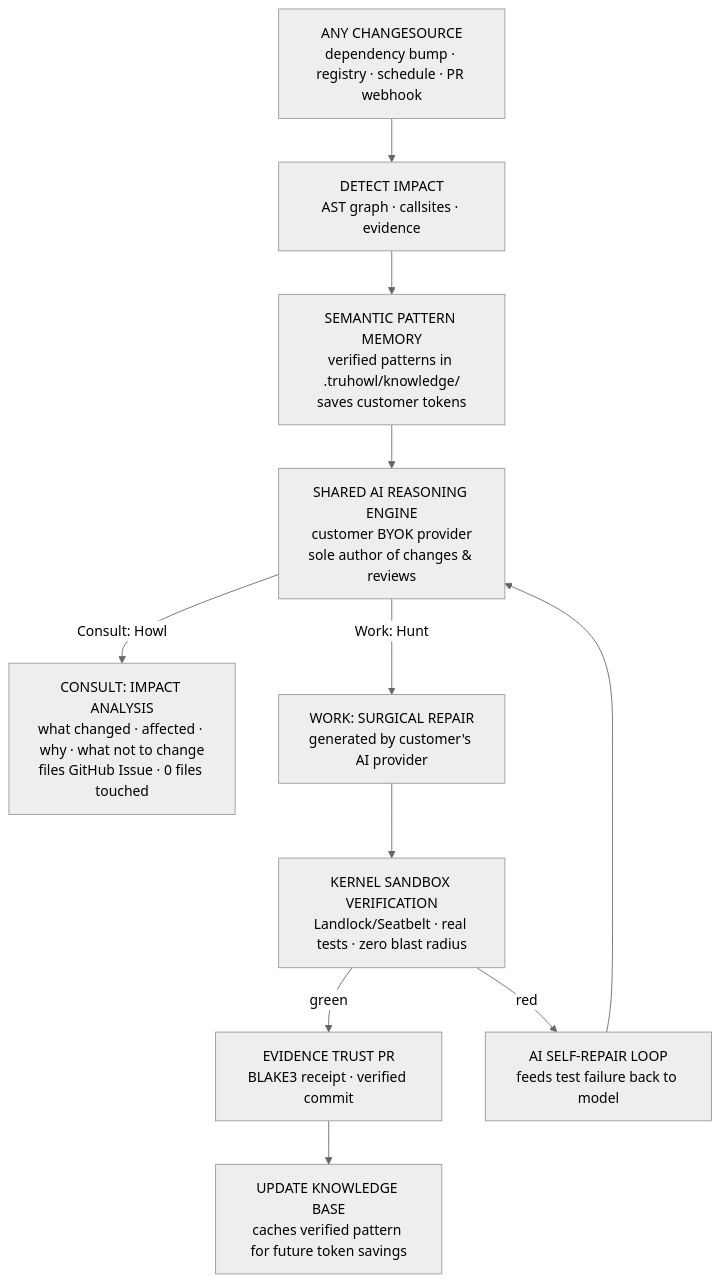
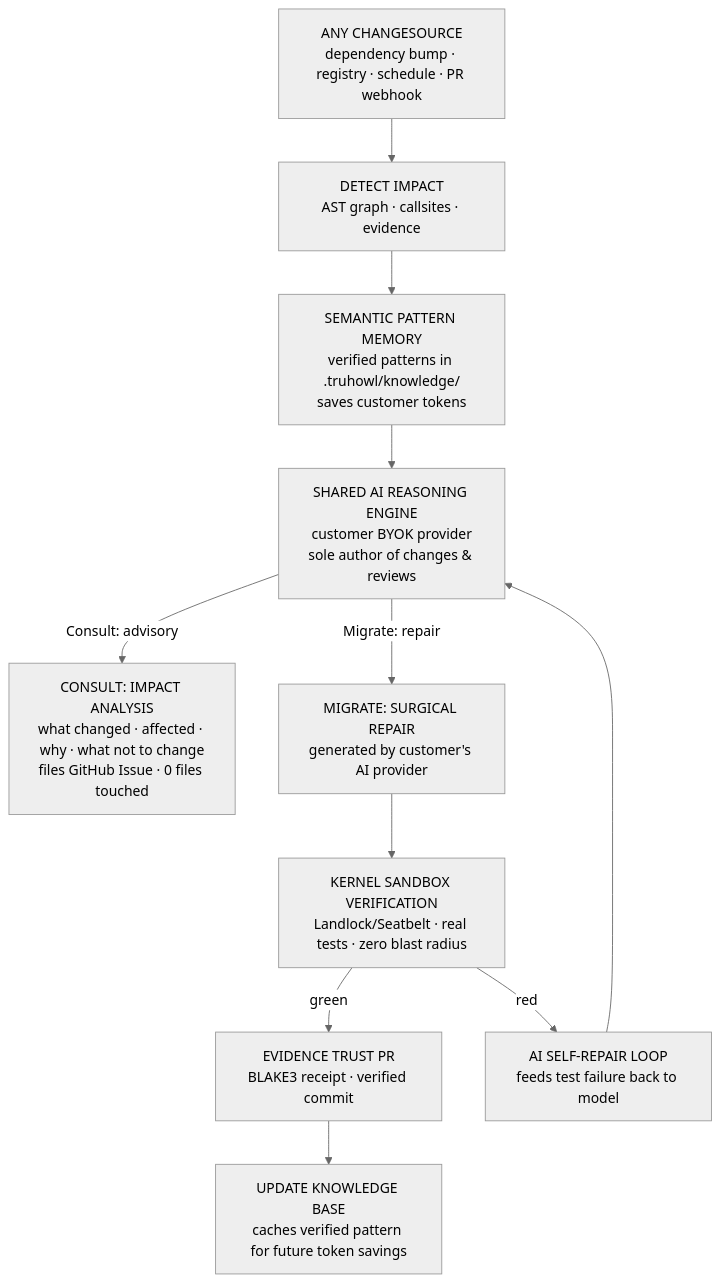
Before and after one commit to Devaretanmay/truhowl: the second of 3 diagrams in docs/SYSTEM_MAP.md, drawn with Mermaid (neutral theme). The commit also changed other lines of this file and 16 other files, not shown here.

First line of the commit message:
chore(hygiene): user-facing Howl/Hunt sweep, lint, legacy tests

````diff
--- a/docs/SYSTEM_MAP.md
+++ b/docs/SYSTEM_MAP.md
@@ -18,13 +18,13 @@
 ```mermaid
 flowchart TD
     EVENT["ANY CHANGESOURCE<br/>dependency bump · registry · schedule · PR webhook"] --> DETECT["DETECT IMPACT<br/>AST graph · callsites · evidence"]
     DETECT --> MEM["SEMANTIC PATTERN MEMORY<br/>verified patterns in .truhowl/knowledge/<br/>saves customer tokens"]
     MEM --> AI["SHARED AI REASONING ENGINE<br/>customer BYOK provider<br/>sole author of changes & reviews"]
-    AI -->|Consult: Howl| ADVICE["CONSULT: IMPACT ANALYSIS<br/>what changed · affected · why · what not to change<br/>files GitHub Issue · 0 files touched"]
-    AI -->|Work: Hunt| PATCH["WORK: SURGICAL REPAIR<br/>generated by customer's AI provider"]
+     AI -->|Consult: advisory| ADVICE["CONSULT: IMPACT ANALYSIS<br/>what changed · affected · why · what not to change<br/>files GitHub Issue · 0 files touched"]
+     AI -->|Migrate: repair| PATCH["MIGRATE: SURGICAL REPAIR<br/>generated by customer's AI provider"]
     PATCH --> TEST["KERNEL SANDBOX VERIFICATION<br/>Landlock/Seatbelt · real tests · zero blast radius"]
     TEST -->|green| PR["EVIDENCE TRUST PR<br/>BLAKE3 receipt · verified commit"]
     TEST -->|red| RETRY["AI SELF-REPAIR LOOP<br/>feeds test failure back to model"]
     RETRY --> AI
     PR --> FLYWHEEL["UPDATE KNOWLEDGE BASE<br/>caches verified pattern for future token savings"]
 ```
````
